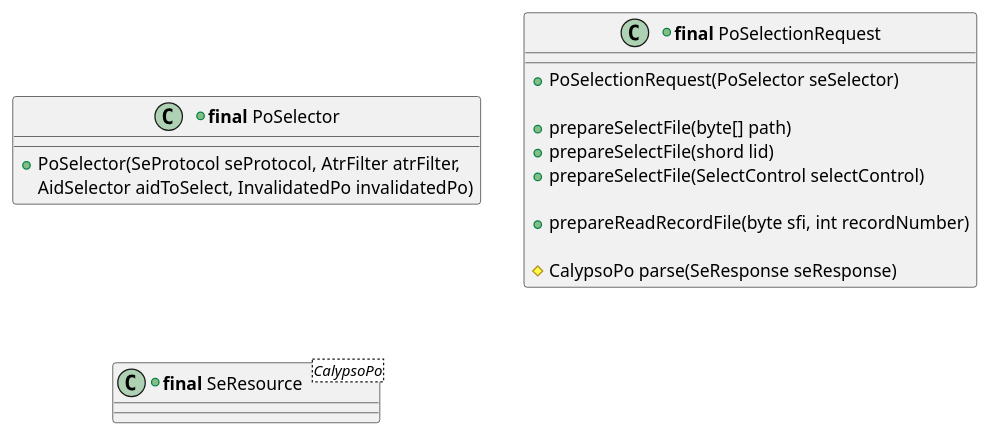
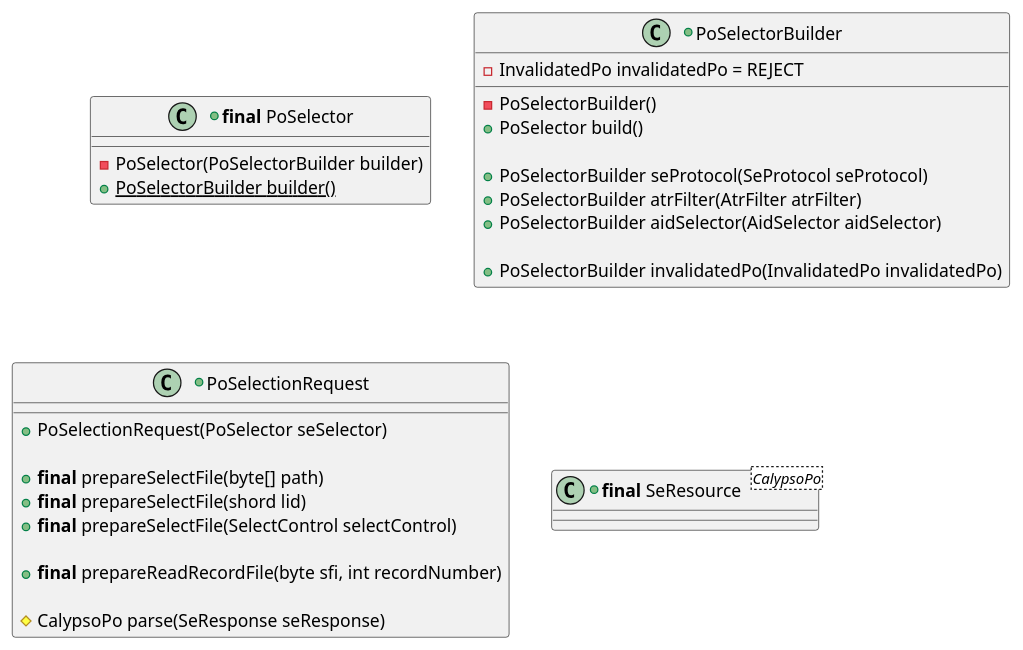
The fifth of 19 diagrams in src/KeypleCalypsoApi/ApplicationApi/puml/KeypleCalypso-ApplicationApi-ClassDiag-Transaction-ClassElements.iuml (calypsonet/keyple), drawn with PlantUML before and after one commit. The commit also changed other lines of this file and 27 other files, not shown here.

```diff
--- a/src/KeypleCalypsoApi/ApplicationApi/puml/KeypleCalypso-ApplicationApi-ClassDiag-Transaction-ClassElements.iuml
+++ b/src/KeypleCalypsoApi/ApplicationApi/puml/KeypleCalypso-ApplicationApi-ClassDiag-Transaction-ClassElements.iuml
@@ -77,21 +77,34 @@
 @startuml(id=TRANSACTION_SELECTION_0_9)
 +class "<b>final</b> PoSelector" as PoSelector {
-  +PoSelector(SeProtocol seProtocol, AtrFilter atrFilter,
-    AidSelector aidToSelect, InvalidatedPo invalidatedPo)
+  -PoSelector(PoSelectorBuilder builder)
+  +{static} PoSelectorBuilder builder()
 }
 
-+class "<b>final</b> PoSelectionRequest" as PoSelectionRequest {
++class PoSelectorBuilder {
+  -InvalidatedPo invalidatedPo = REJECT
+  -PoSelectorBuilder()
+  +PoSelector build()
+
+  +PoSelectorBuilder seProtocol(SeProtocol seProtocol)
+  +PoSelectorBuilder atrFilter(AtrFilter atrFilter)
+  +PoSelectorBuilder aidSelector(AidSelector aidSelector)
+
+  +PoSelectorBuilder invalidatedPo(InvalidatedPo invalidatedPo)
+}
+
+
++class PoSelectionRequest {
   +PoSelectionRequest(PoSelector seSelector)
 
-  +prepareSelectFile(byte[] path)
-  +prepareSelectFile(shord lid)
-  +prepareSelectFile(SelectControl selectControl)
+  +<b>final</b> prepareSelectFile(byte[] path)
+  +<b>final</b> prepareSelectFile(shord lid)
+  +<b>final</b> prepareSelectFile(SelectControl selectControl)
 
-  +prepareReadRecordFile(byte sfi, int recordNumber)
+  +<b>final</b> prepareReadRecordFile(byte sfi, int recordNumber)
 
   #CalypsoPo parse(SeResponse seResponse)
 }
 
 +class "<b>final</b> SeResource<CalypsoPo>" as PoResource {
 }
 @enduml
```
